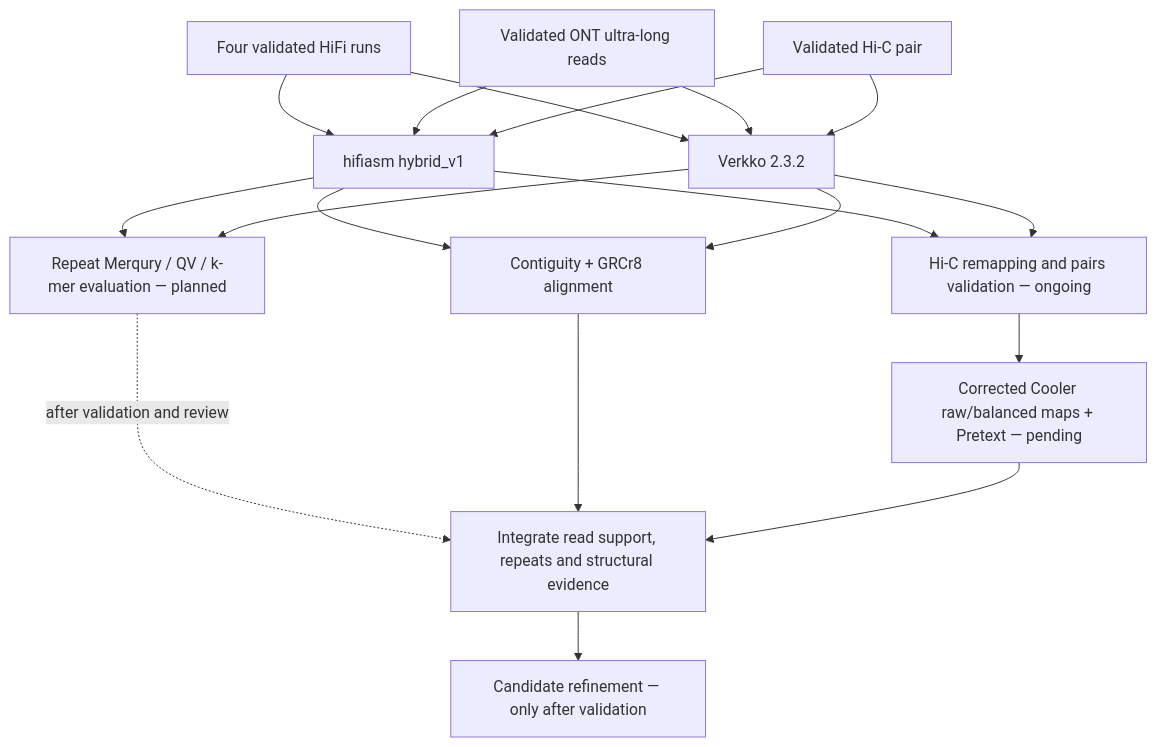
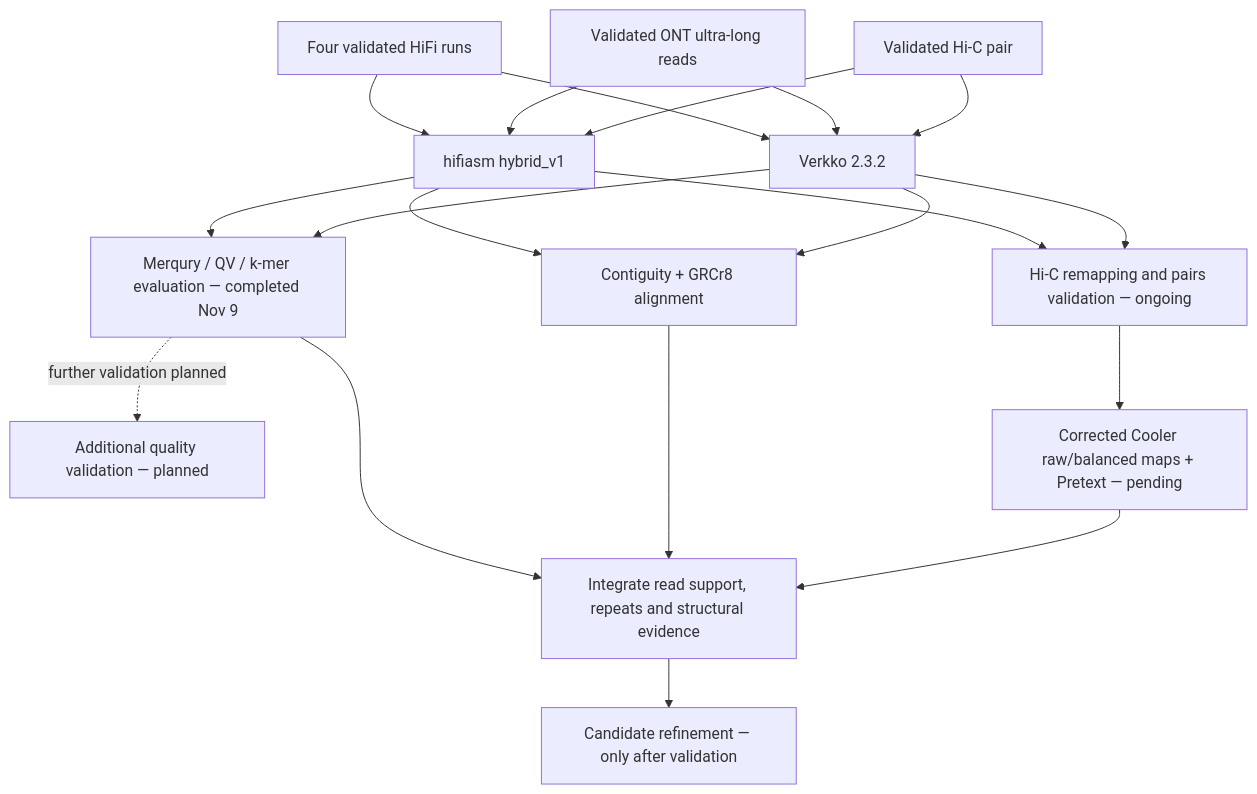
The diagram in README.md (FarnazSalehi94/Reference-Refinement), drawn with Mermaid before and after one commit. The commit also changed other lines of this file and 18 other files, not shown here.

Commit message:
docs: identify November BN Merqury runs as latest completed evaluations with preliminary interpretation

````diff
--- a/README.md
+++ b/README.md
@@ -34,20 +34,21 @@
 ```mermaid
 flowchart TD
     H[Four validated HiFi runs] --> A[hifiasm hybrid_v1]
     O[Validated ONT ultra-long reads] --> A
     C[Validated Hi-C pair] --> A
     H --> V[Verkko 2.3.2]
     O --> V
     C --> V
     A --> Q[Contiguity + GRCr8 alignment]
     V --> Q
-    A --> P[Repeat Merqury / QV / k-mer evaluation — planned]
+    A --> P[Merqury / QV / k-mer evaluation — completed Nov 9]
     V --> P
-    P -. after validation and review .-> E
+    P --> E
+    P -. further validation planned .-> F[Additional quality validation — planned]
     A --> M[Hi-C remapping and pairs validation — ongoing]
     V --> M
     M --> K[Corrected Cooler raw/balanced maps + Pretext — pending]
     Q --> E[Integrate read support, repeats and structural evidence]
     K --> E
     E --> R[Candidate refinement — only after validation]
 ```
````
